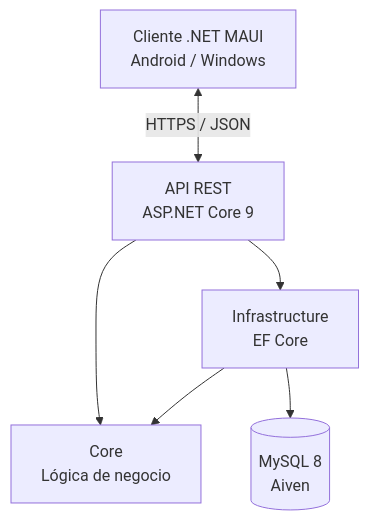
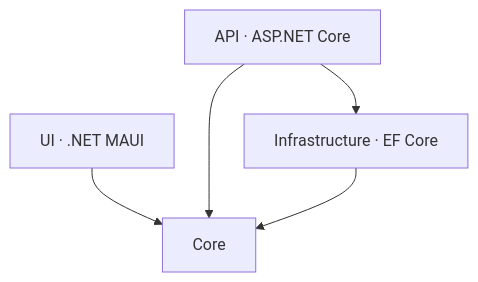
Before and after one commit to Roberto-GS/finanzasapp-dam: the first of 2 diagrams in README.md, drawn with Mermaid. The commit also changed other lines of this file, not shown here.

````diff
--- a/README.md
+++ b/README.md
@@ -104,14 +79,7 @@
 ```mermaid
 flowchart TD
-    A["Cliente .NET MAUI<br/>Android / Windows"]
-    B["API REST<br/>ASP.NET Core 9"]
-    C["Core<br/>Lógica de negocio"]
-    D["Infrastructure<br/>EF Core"]
-    E[("MySQL 8<br/>Aiven")]
-
-    A <-->|HTTPS / JSON| B
-    B --> C
-    B --> D
-    D --> C
-    D --> E
+    UI["UI · .NET MAUI"] --> Core["Core"]
+    API["API · ASP.NET Core"] --> Core
+    API --> Infrastructure["Infrastructure · EF Core"]
+    Infrastructure --> Core
 ```
````
